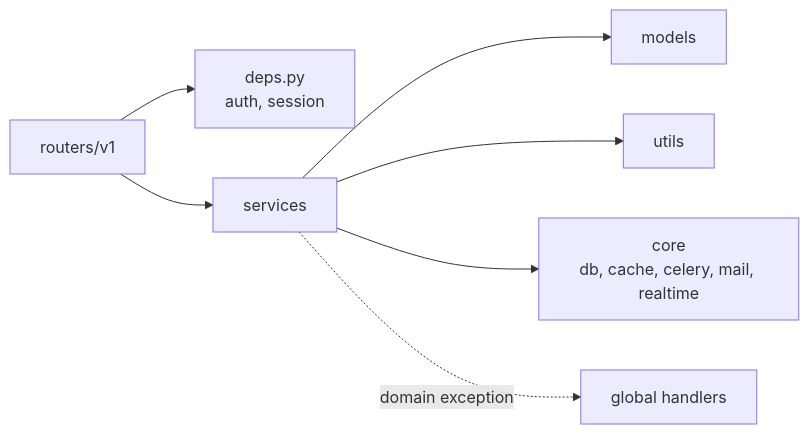
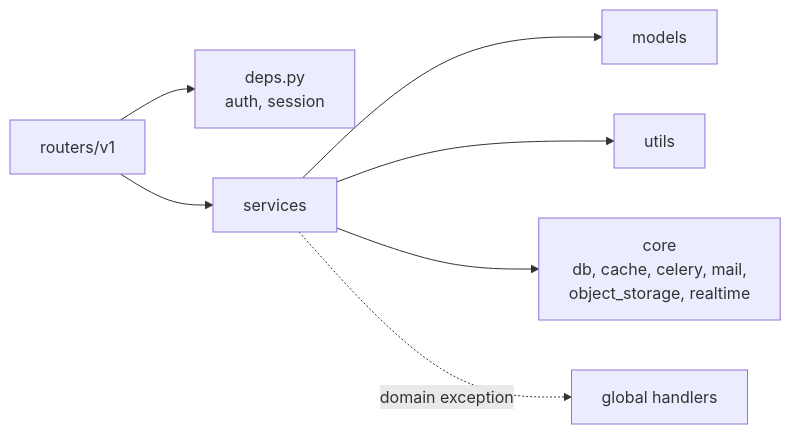
One commit to Blueprint4Agent/Blueprint4Agent.github.io changed the first of 2 diagrams in docs/getting-started/repository-layout.mdx. Above: the diagram before and after it, drawn with Mermaid. The commit also changed other lines of this file and 12 other files, not shown here.

````diff
--- a/docs/getting-started/repository-layout.mdx
+++ b/docs/getting-started/repository-layout.mdx
@@ -56,9 +56,9 @@
 ```mermaid
 flowchart LR
     R["routers/v1"] --> D["deps.py<br/>auth, session"]
     R --> S["services"]
     S --> M["models"]
     S --> U["utils"]
-    S --> C["core<br/>db, cache, celery, mail, realtime"]
+    S --> C["core<br/>db, cache, celery, mail,<br/>object_storage, realtime"]
     S -. "domain exception" .-> H["global handlers"]
 ```
````
